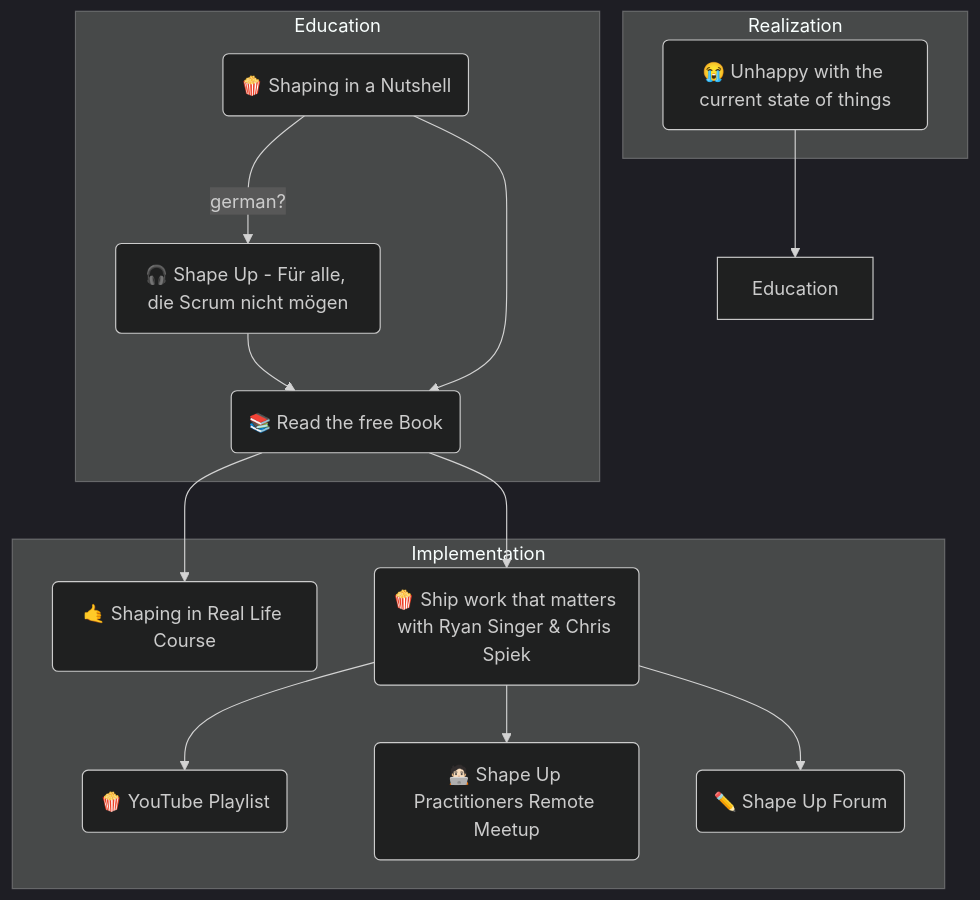
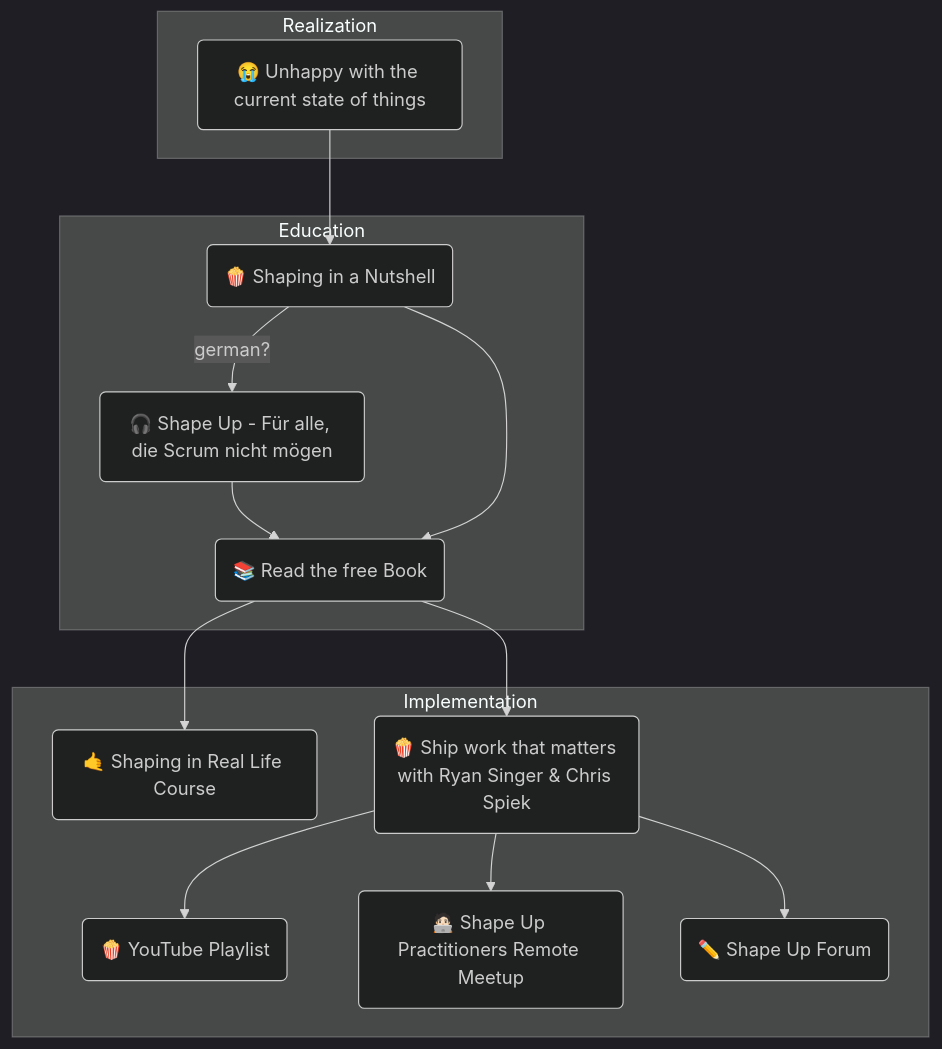
Before and after one commit to klausbreyer/shapeup-learning-path: the diagram in README.md, drawn with Mermaid (dark theme). The commit also changed other lines of this file, not shown here.

````diff
--- a/README.md
+++ b/README.md
@@ -7,43 +4,43 @@
 ```mermaid
 graph TD
     subgraph Realization
         U("😭 Unhappy with the current state of things")
     end
 
     subgraph Education 
         A("🍿 Shaping in a Nutshell")
         SDDC("🎧 Shape Up - Für alle, die Scrum nicht mögen")
         B("📚 Read the free Book")
     end
 
     subgraph Implementation 
 
         P("🍿 YouTube Playlist")
         M("🧑🏻‍💻 Shape Up Practitioners Remote Meetup")
         R("🤙 Shaping in Real Life Course")
         S("🍿 Ship work that matters with Ryan Singer & Chris Spiek")
         F("✏️ Shape Up Forum")
     end
 
 
-U --> Education
+U --> A
 A -->|german?| SDDC
 SDDC --> B
 A --> B
 S--> M
 B --> R
 B --> S
 S --> F
 S --> P
 
 
 
 click A "https://www.github.com" _blank
 click SDDC "https://superdev.club/podcasts/shape-up/" _blank
 click B "https://basecamp.com/shapeup" _blank
 click M "https://www.meetup.com/de-DE/shapeup-practitioners/" _blank
 click R "https://feltpresence.com/srl/" _blank
 click F "https://youtu.be/jnW0fAIpLbo" _blank
 click D "https://discourse.learnshapeup.com/" _blank
 click P "https://www.youtube.com/watch?v=h_8M23wVjXk&list=PLh2qZ3Zp-Xw2Q-H3lSjkEPhBYzvkDt6mY" _blank
 ```
````
